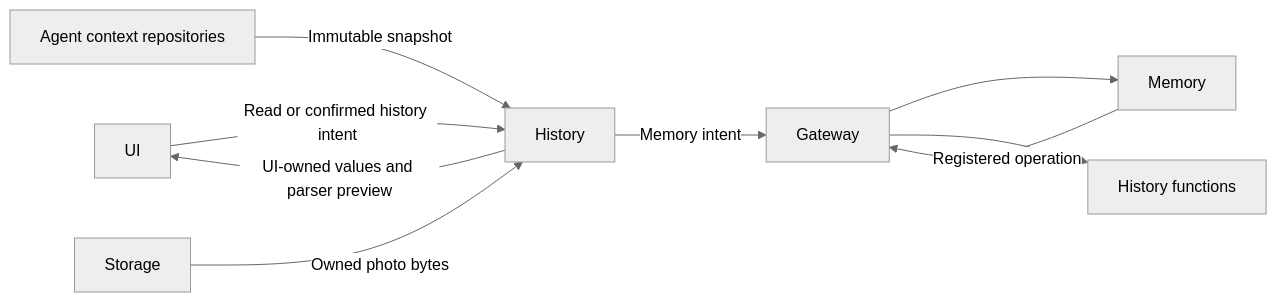
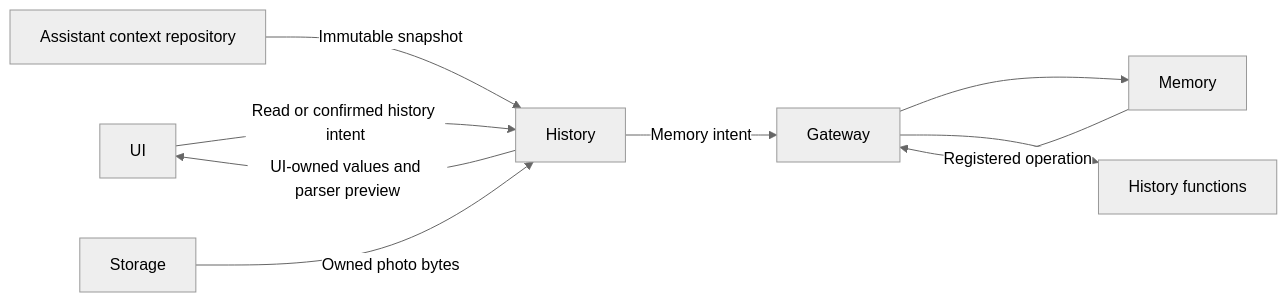
The diagram in MobileHarness/App/Workflows/History/README.md (devilyouwei/MobileHarness), drawn with Mermaid (neutral theme) before and after one commit. The commit also changed other lines of this file and 456 other files, not shown here.

````diff
--- a/MobileHarness/App/Workflows/History/README.md
+++ b/MobileHarness/App/Workflows/History/README.md
@@ -15,11 +15,11 @@
 ```mermaid
 flowchart LR
  UI -->|Read or confirmed history intent| History
- Repositories[Agent context repositories] -->|Immutable snapshot| History
+ Repositories[Assistant context repository] -->|Immutable snapshot| History
  History -->|Memory intent| Gateway
  Gateway --> Agents[Memory]
  Agents -->|Registered operation| Gateway
  Gateway --> Actions[History functions]
  Storage -->|Owned photo bytes| History
  History -->|UI-owned values and parser preview| UI
 ```
````
